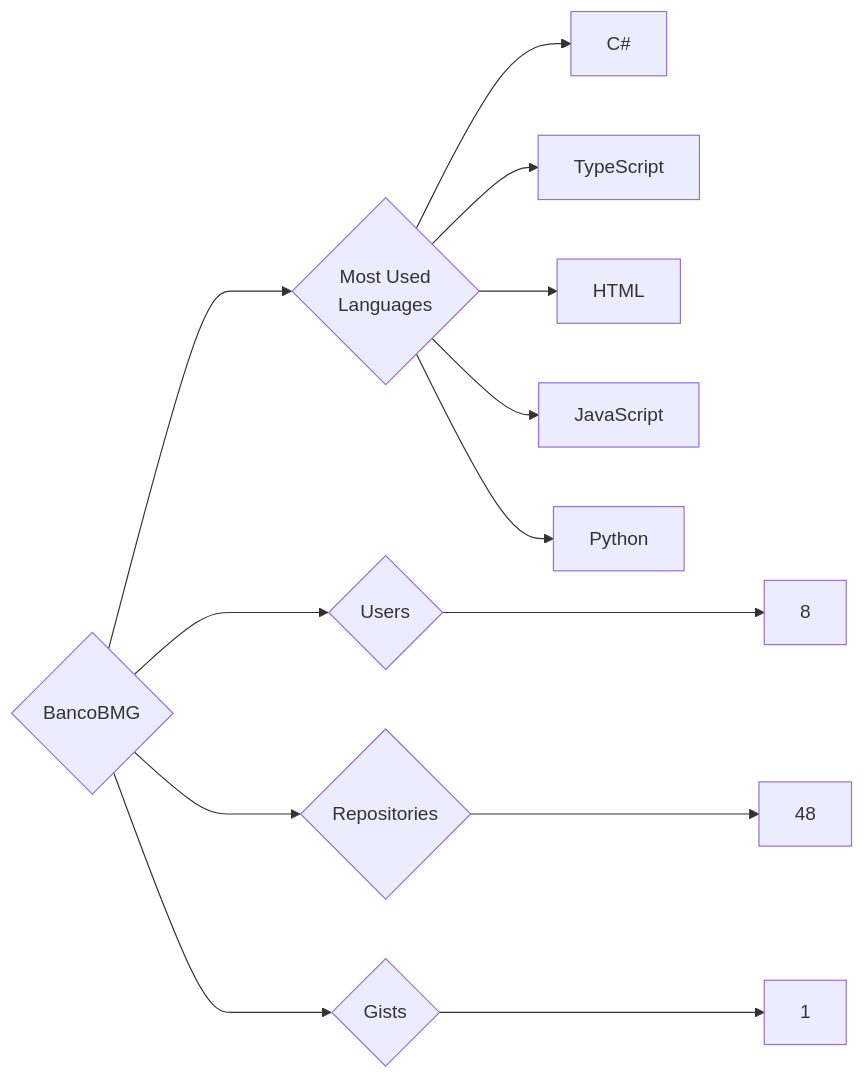
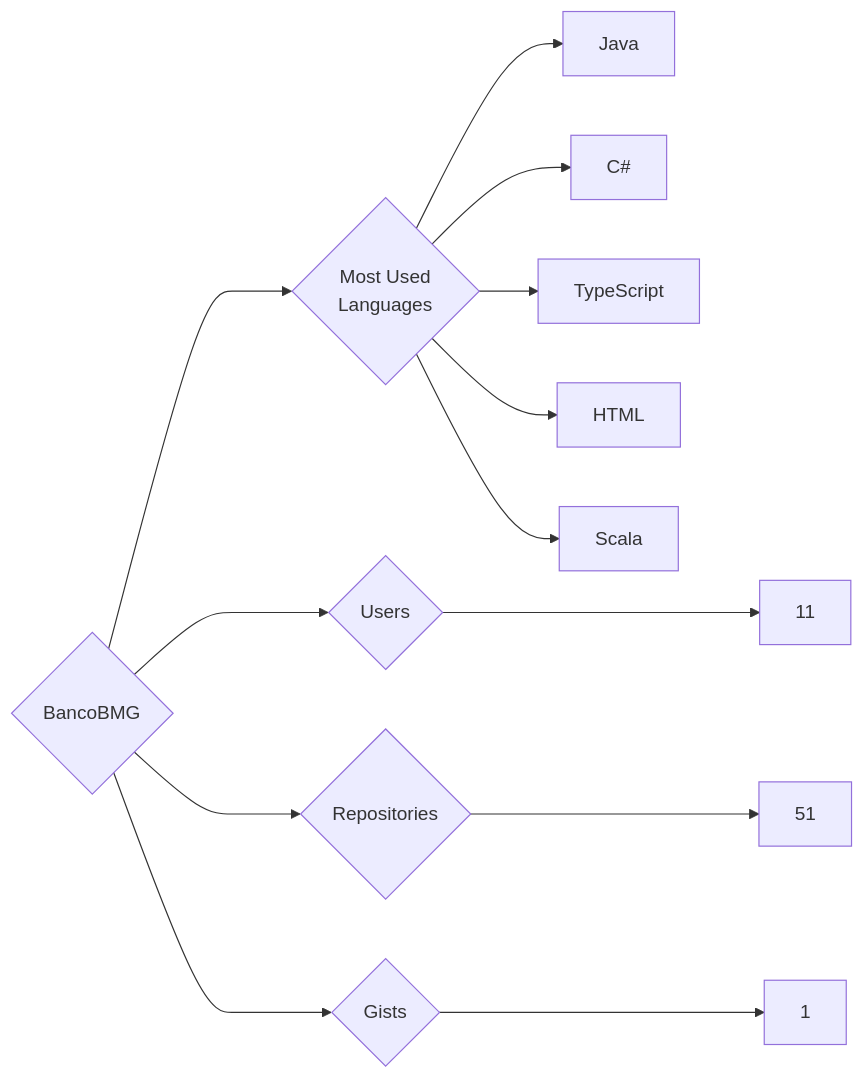
Before and after one commit to trickest/insiders: the diagram in targets/BancoBMG/README.md, drawn with Mermaid. The commit also changed 1195 other files, not shown here.

````diff
--- a/targets/BancoBMG/README.md
+++ b/targets/BancoBMG/README.md
@@ -3,13 +3,13 @@
 ```mermaid
 graph LR
 COMPANY_NAME{BancoBMG}
-COMPANY_NAME ---> U{Users} ---> UN[8]
-COMPANY_NAME ---> R{Repositories} ---> RN[48]
+COMPANY_NAME ---> U{Users} ---> UN[11]
+COMPANY_NAME ---> R{Repositories} ---> RN[51]
 COMPANY_NAME ---> G{Gists} ---> GN[1]
 COMPANY_NAME ---> ML{Most Used<br>Languages}
+ML --> Java[Java]
 ML --> C#[C#]
 ML --> TypeScript[TypeScript]
 ML --> HTML[HTML]
-ML --> JavaScript[JavaScript]
-ML --> Python[Python]
+ML --> Scala[Scala]
 ```
````
